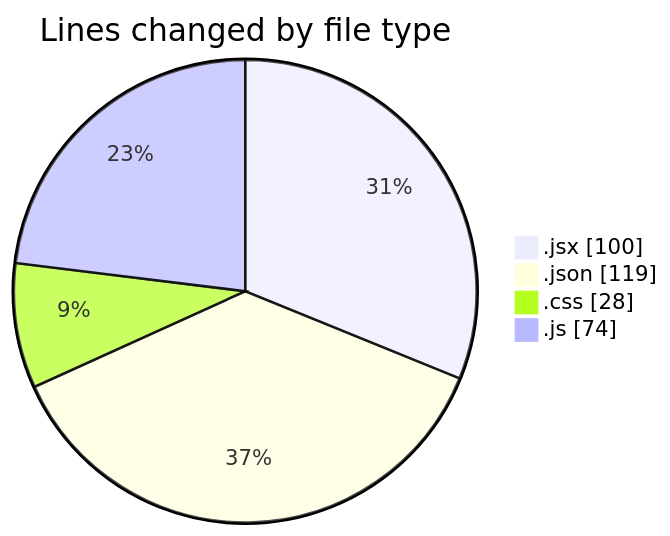
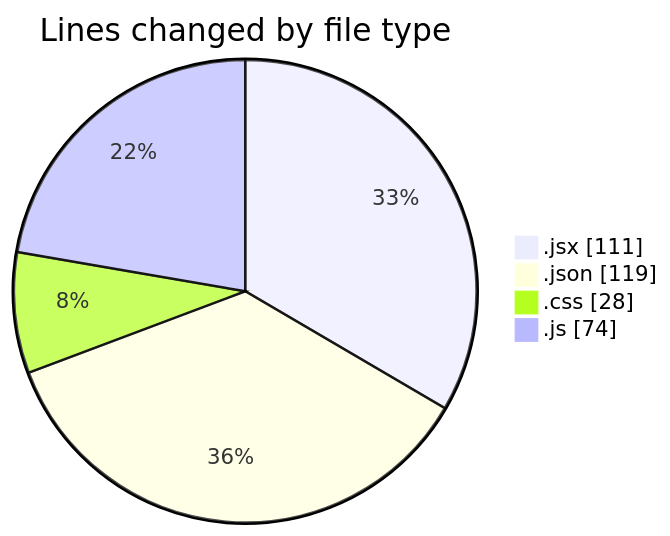
One commit to Elitesun/code-tracking changed the first of 2 diagrams in 2025-01-24/react/README.md. Above: the diagram before and after it, drawn with Mermaid. The commit also changed other lines of this file and 1 other file, not shown here.

````diff
--- a/2025-01-24/react/README.md
+++ b/2025-01-24/react/README.md
@@ -28,8 +28,8 @@
 ```mermaid
 pie showData
 title Lines changed by file type
-".jsx" : 100
+".jsx" : 111
 ".json" : 119
 ".css" : 28
 ".js" : 74
 ```
````
